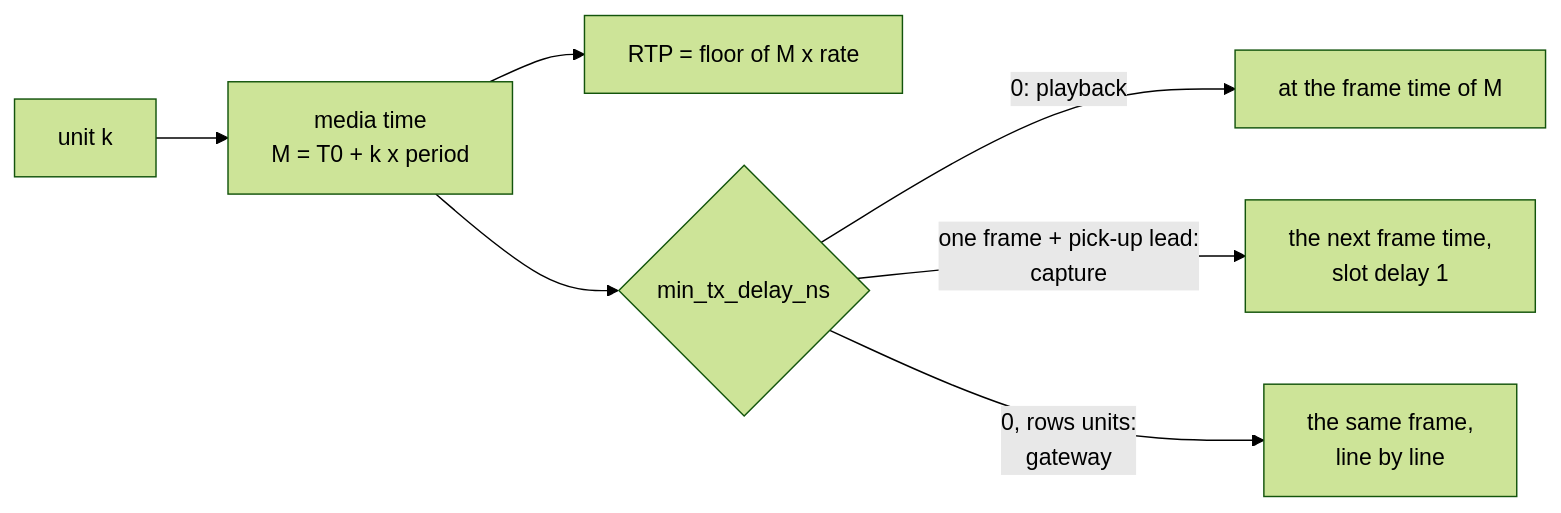
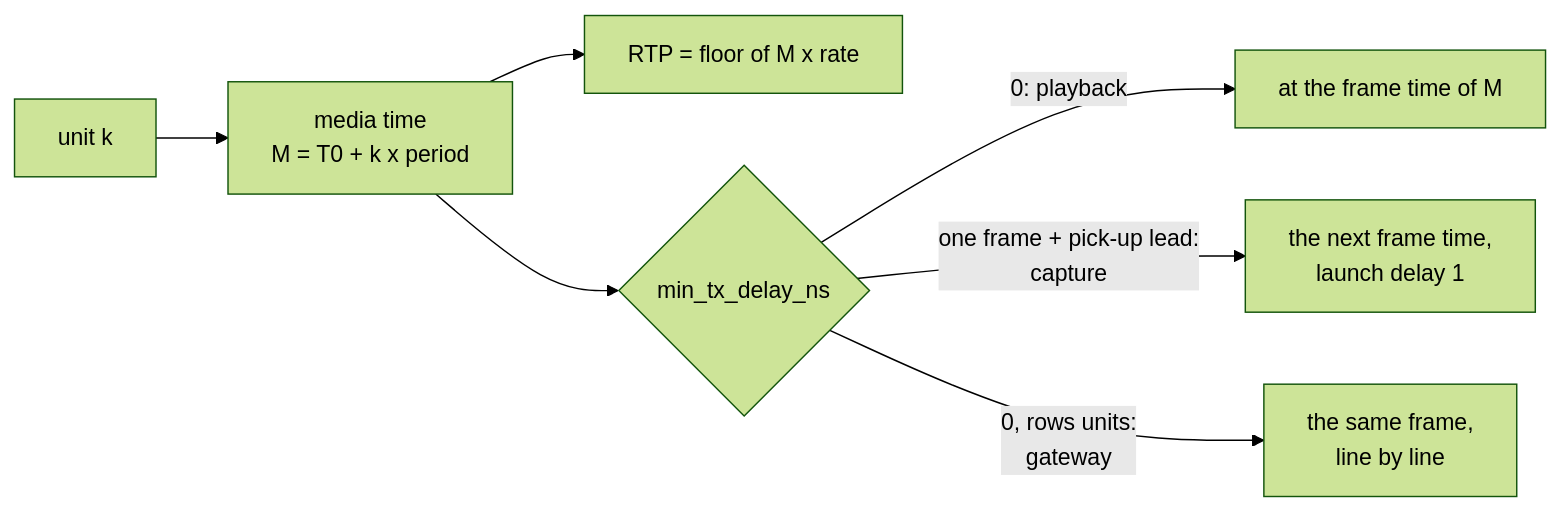
Before and after one commit to Sakoram/Media-Transport-Library: the fifth of 6 diagrams in doc/unified-api/concepts.md, drawn with Mermaid (forest theme). The commit also changed other lines of this file and 53 other files, not shown here.

````diff
--- a/doc/unified-api/concepts.md
+++ b/doc/unified-api/concepts.md
@@ -608,9 +608,9 @@
 ```mermaid
 flowchart LR
     K["unit k"] --> M["media time<br/>M = T0 + k x period"]
     M --> RTP["RTP = floor of M x rate"]
     M --> D{"min_tx_delay_ns"}
     D -->|"0: playback"| P["at the frame time of M"]
-    D -->|"one frame + pick-up lead:<br/>capture"| C["the next frame time,<br/>slot delay 1"]
+    D -->|"one frame + pick-up lead:<br/>capture"| C["the next frame time,<br/>launch delay 1"]
     D -->|"0, rows units:<br/>gateway"| G["the same frame,<br/>line by line"]
 ```
````
